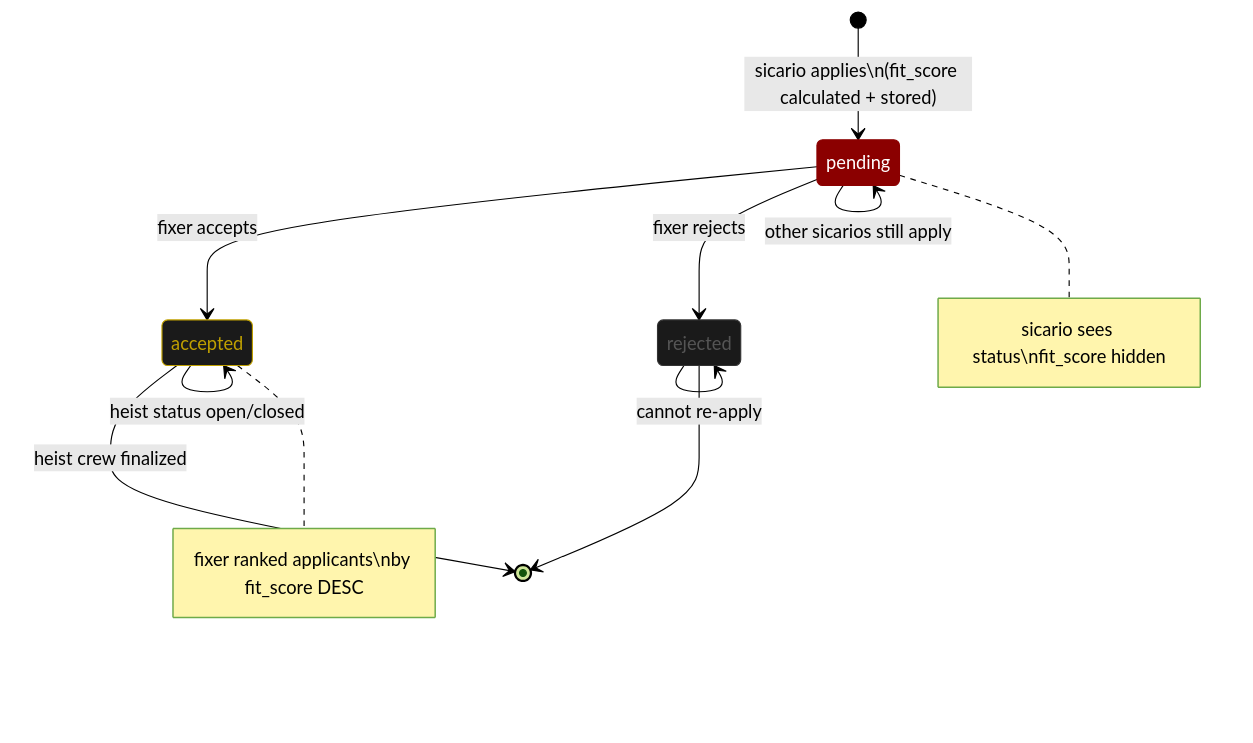
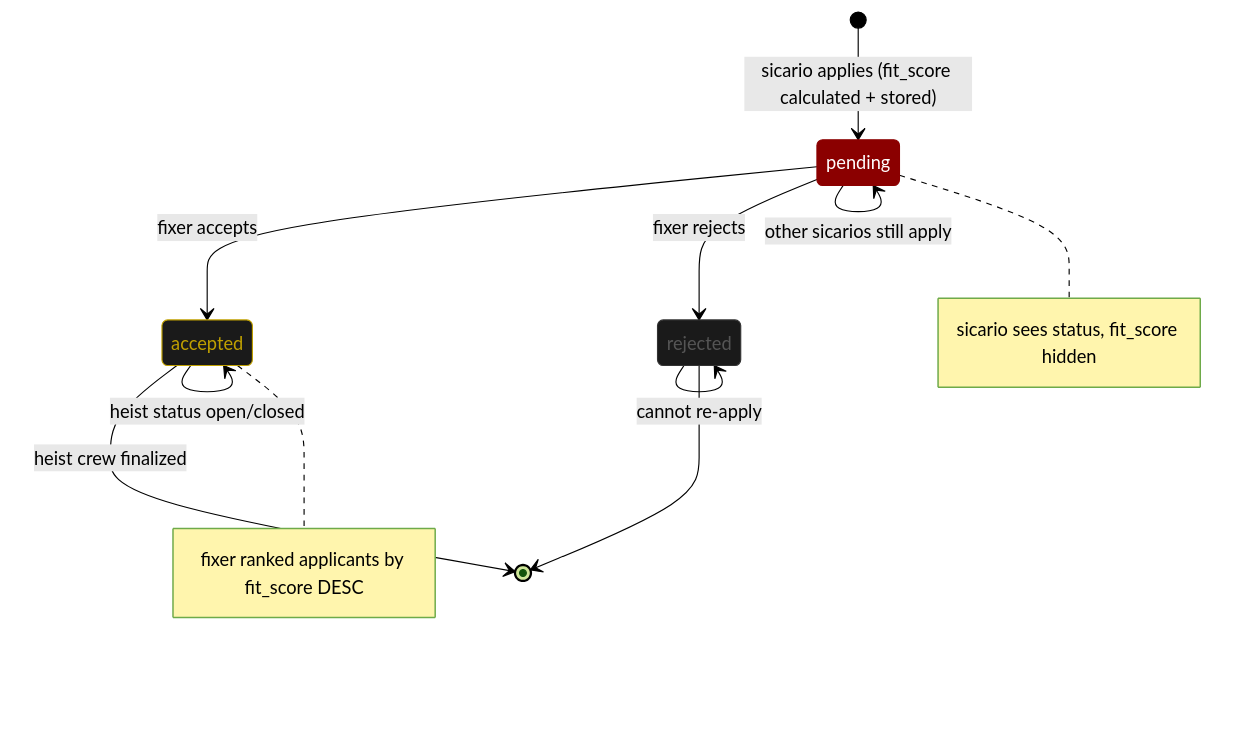
One commit to ArushJain-697/Office-task-manager changed the second of 2 diagrams in README.md. Above: the diagram before and after it, drawn with Mermaid (forest theme). The commit also changed other lines of this file, not shown here.

````diff
--- a/README.md
+++ b/README.md
@@ -50,22 +67,22 @@
 ```mermaid
 stateDiagram-v2
-    [*] --> pending : sicario applies\n(fit_score calculated + stored)
+    [*] --> pending : sicario applies (fit_score calculated + stored)
     pending --> accepted : fixer accepts
     pending --> rejected : fixer rejects
     accepted --> accepted : heist status open/closed
     rejected --> rejected : cannot re-apply
     pending --> pending : other sicarios still apply
     accepted --> [*] : heist crew finalized
     rejected --> [*]
 
-    note right of pending : sicario sees status\nfit_score hidden
-    note right of accepted : fixer ranked applicants\nby fit_score DESC
+    note right of pending : sicario sees status, fit_score hidden
+    note right of accepted : fixer ranked applicants by fit_score DESC
 
     classDef blood fill:#8B0000,color:#fff,stroke:#8B0000
     classDef gold fill:#1a1a1a,color:#c0a000,stroke:#c0a000
     classDef dead fill:#1a1a1a,color:#555,stroke:#333
 
     class pending blood
     class accepted gold
     class rejected dead
 ```
````
